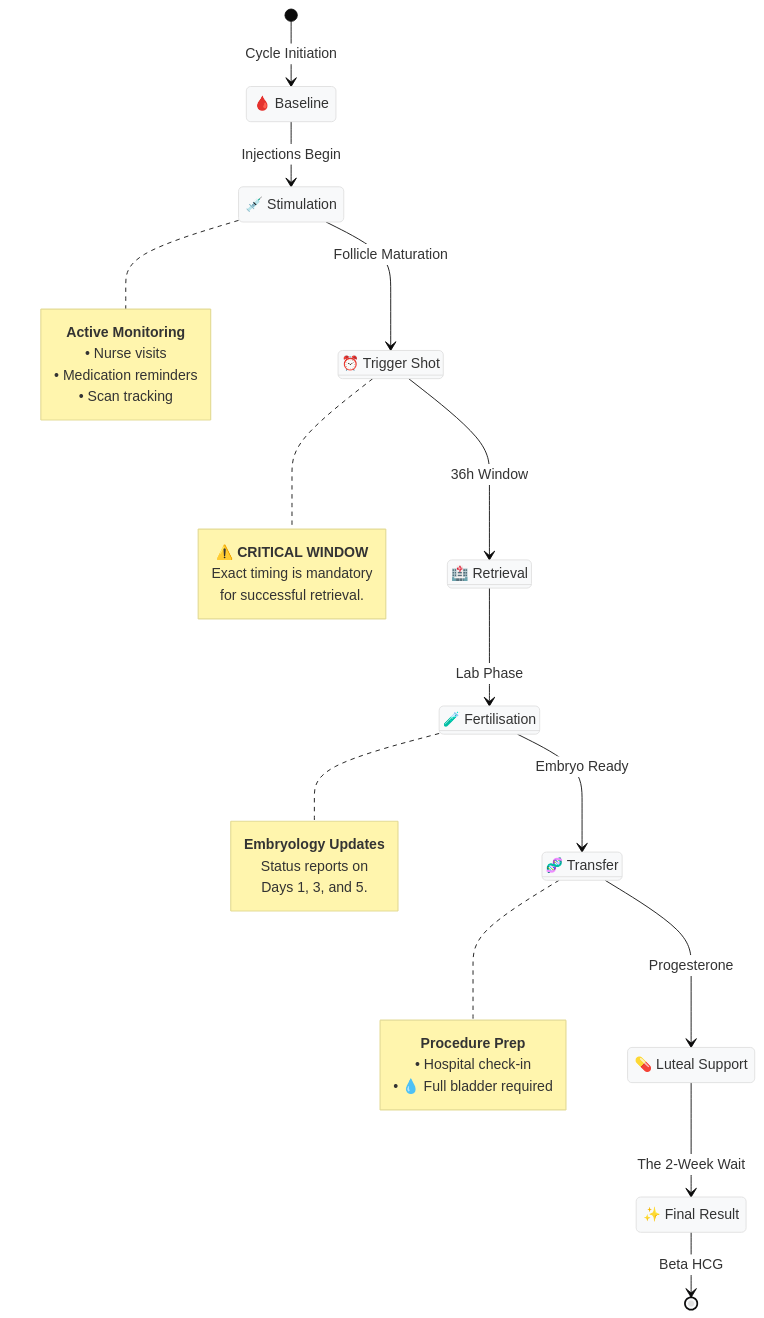
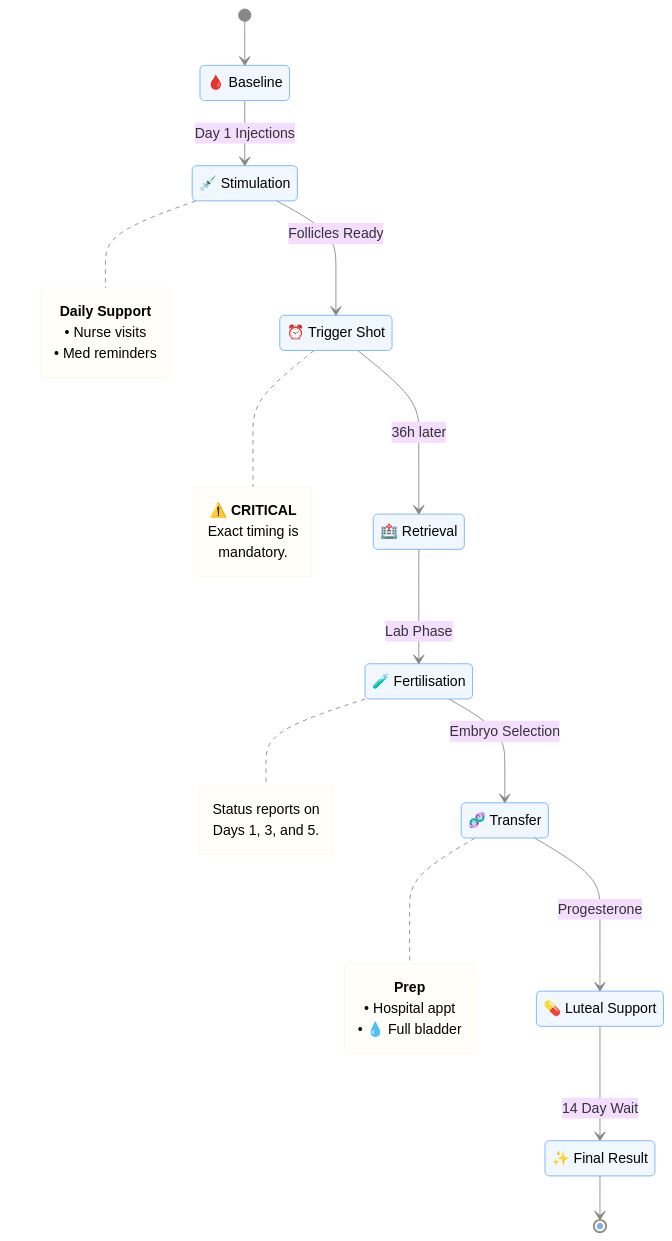
One commit to khaiwalVikrant/ivf-care-platform changed the second of 5 diagrams in README.md. Above: the diagram before and after it, drawn with Mermaid.

Commit message:
fix: update readme.md related to ivf cycle stage

````diff
--- a/README.md
+++ b/README.md
@@ -69,65 +69,64 @@
 ```mermaid
 %%{init: {
   'theme': 'base',
   'themeVariables': {
-    'primaryColor': '#f8f9fa',
-    'edgeLabelBackground':'#ffffff',
-    'tertiaryColor': '#fdfdfe'
+    'lineColor': '#888888',
+    'primaryBorderColor': '#71b2ff',
+    'nodeBorder': '#71b2ff',
+    'tertiaryColor': 'rgba(120, 120, 120, 0.1)',
+    'noteBkgColor': 'rgba(255, 243, 205, 0.15)',
+    'noteTextColor': 'default',
+    'stateBkg': 'rgba(113, 178, 255, 0.1)',
+    'stateLabelColor': 'default'
   }
 } }%%
 
 stateDiagram-v2
     direction TB
 
-    %% Global Styling
-    classDef critical fill:#fff3e0,stroke:#ef6c00,stroke-width:2px,color:#e65100,font-weight:bold
-    classDef medical fill:#e3f2fd,stroke:#1565c0,stroke-width:2px,color:#0d47a1
-    classDef lab fill:#f3e5f5,stroke:#7b1fa2,stroke-width:2px,color:#4a148c
-
+    %% Definitions with Universal Classes
     state "🩸 Baseline" as Baseline
     state "💉 Stimulation" as Stimulation
-    state "⏰ Trigger Shot" as Trigger :::critical
-    state "🏥 Retrieval" as Retrieval :::medical
-    state "🧪 Fertilisation" as Fertilisation :::lab
-    state "🧬 Transfer" as Transfer :::medical
+    state "⏰ Trigger Shot" as Trigger
+    state "🏥 Retrieval" as Retrieval
+    state "🧪 Fertilisation" as Fertilisation
+    state "🧬 Transfer" as Transfer
     state "💊 Luteal Support" as LutealSupport
     state "✨ Final Result" as PregnancyTest
 
-    [*] --> Baseline: Cycle Initiation
+    [*] --> Baseline
     
-    Baseline --> Stimulation: Injections Begin
+    Baseline --> Stimulation: Day 1 Injections
     note right of Stimulation
-        <b>Active Monitoring</b>
+        <b>Daily Support</b>
         • Nurse visits
-        • Medication reminders
-        • Scan tracking
+        • Med reminders
     end note
 
-    Stimulation --> Trigger: Follicle Maturation
+    Stimulation --> Trigger: Follicles Ready
     note right of Trigger
-        <b>⚠️ CRITICAL WINDOW</b>
-        Exact timing is mandatory 
-        for successful retrieval.
+        <b>⚠️ CRITICAL</b>
+        Exact timing is
+        mandatory.
     end note
 
-    Trigger --> Retrieval: 36h Window
+    Trigger --> Retrieval: 36h later
     
     Retrieval --> Fertilisation: Lab Phase
     note right of Fertilisation
-        <b>Embryology Updates</b>
-        Status reports on 
+        Status reports on
         Days 1, 3, and 5.
     end note
 
-    Fertilisation --> Transfer: Embryo Ready
+    Fertilisation --> Transfer: Embryo Selection
     note right of Transfer
-        <b>Procedure Prep</b>
-        • Hospital check-in
-        • 💧 Full bladder required
+        <b>Prep</b>
+        • Hospital appt
+        • 💧 Full bladder
     end note
 
     Transfer --> LutealSupport: Progesterone
-    LutealSupport --> PregnancyTest: The 2-Week Wait
+    LutealSupport --> PregnancyTest: 14 Day Wait
     
-    PregnancyTest --> [*]: Beta HCG
+    PregnancyTest --> [*]
 ```
````
